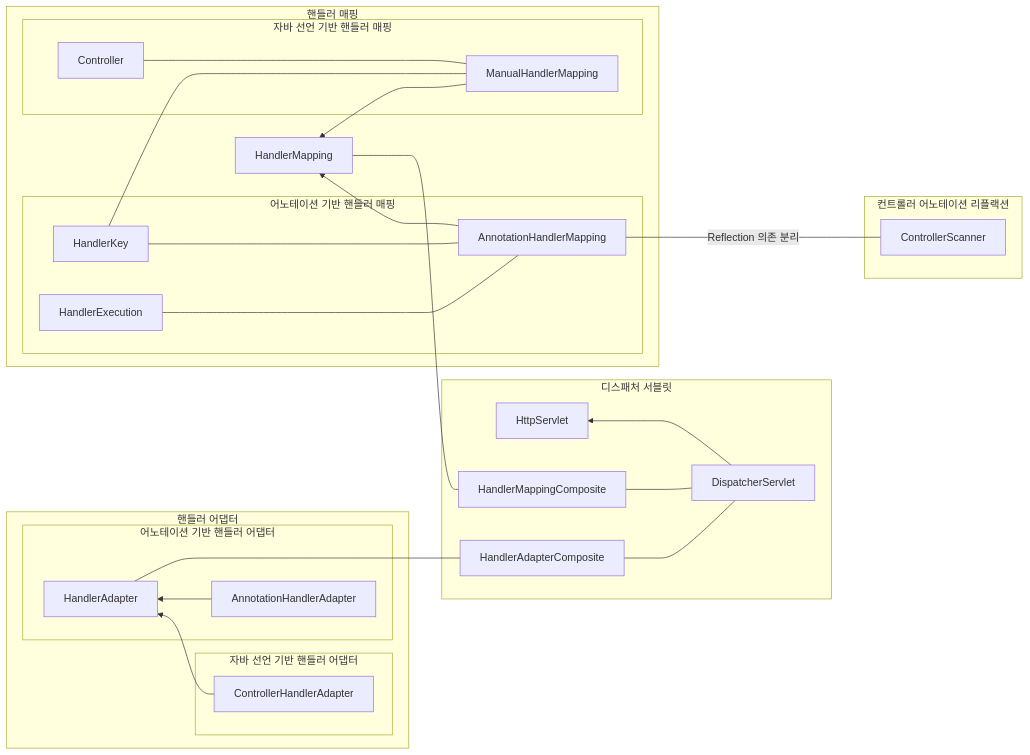
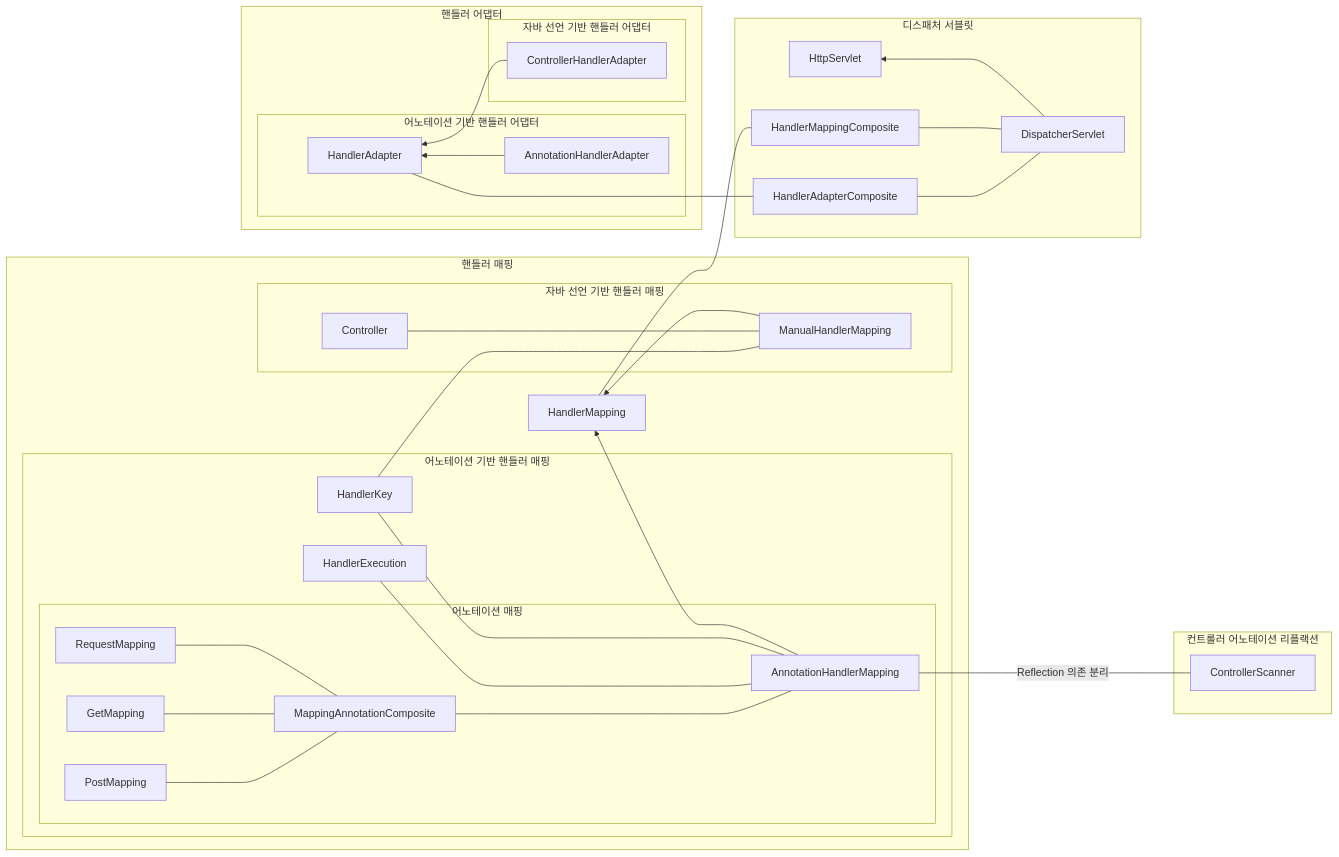
The second of 2 diagrams in README.md (woowacourse/java-mvc), drawn with Mermaid before and after one commit. The commit also changed other lines of this file, not shown here.

Commit message:
docs: 2단계 GetMapping, PostMapping 구현 체크

````diff
--- a/README.md
+++ b/README.md
@@ -131,38 +131,44 @@
 ```mermaid
 graph RL
     subgraph 디스패처 서블릿
         DispatcherServlet --> HttpServlet
         DispatcherServlet --- HandlerMappingComposite
         DispatcherServlet --- HandlerAdapterComposite
     end
 
     subgraph 핸들러 어댑터
         HandlerAdapterComposite ---- HandlerAdapter
         subgraph 어노테이션 기반 핸들러 어댑터
             AnnotationHandlerAdapter --> HandlerAdapter
         end
         subgraph 자바 선언 기반 핸들러 어댑터
             ControllerHandlerAdapter --> HandlerAdapter
         end
     end
 
     subgraph 핸들러 매핑
         HandlerMappingComposite --- HandlerMapping
         AnnotationHandlerMapping --> HandlerMapping
         ManualHandlerMapping --> HandlerMapping
 
         subgraph 어노테이션 기반 핸들러 매핑
             AnnotationHandlerMapping ---- HandlerKey
             AnnotationHandlerMapping ---- HandlerExecution
+            subgraph 어노테이션 매핑
+                AnnotationHandlerMapping ---- MappingAnnotationComposite
+                MappingAnnotationComposite ---- RequestMapping
+                MappingAnnotationComposite ---- GetMapping
+                MappingAnnotationComposite ---- PostMapping
+            end
         end
 
         subgraph 자바 선언 기반 핸들러 매핑
             ManualHandlerMapping ---- Controller
             ManualHandlerMapping ---- HandlerKey
         end
     end
 
     subgraph 컨트롤러 어노테이션 리플랙션
-        ControllerScanner ---- |Reflection 의존 분리| AnnotationHandlerMapping
+        ControllerScanner ----|Reflection 의존 분리| AnnotationHandlerMapping
     end
 ```
````
